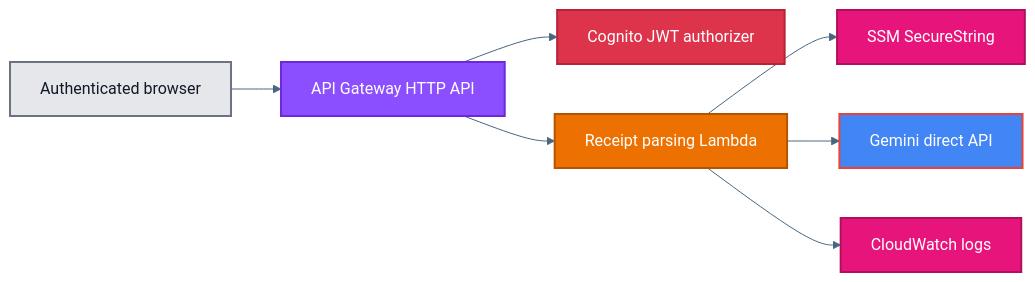
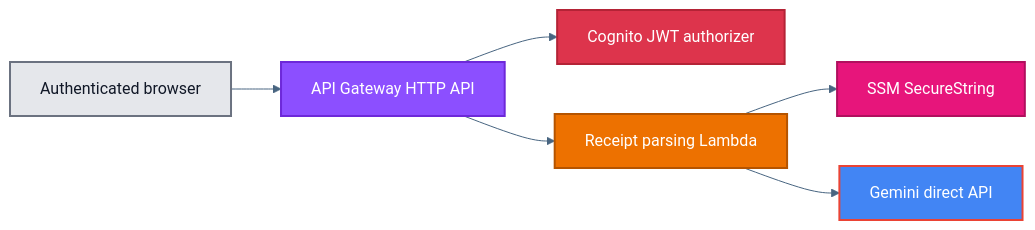
One commit to reiganarmstrong/check-split-mono changed the diagram in infra/modules/receipt-ingestion-api/README.md. Above: the diagram before and after it, drawn with Mermaid. The commit also changed other lines of this file and 6 other files, not shown here.

First line of the commit message:
chore(infra): disable CloudWatch log writes

````diff
--- a/infra/modules/receipt-ingestion-api/README.md
+++ b/infra/modules/receipt-ingestion-api/README.md
@@ -17,36 +17,33 @@
 ```mermaid
 ---
 config:
   theme: base
   themeVariables:
     primaryColor: "#D9EAFD"
     primaryTextColor: "#102A43"
     primaryBorderColor: "#2F6690"
     lineColor: "#486581"
     secondaryColor: "#E6F4EA"
     tertiaryColor: "#FFF4CC"
 ---
 flowchart LR
   U["Authenticated browser"] --> A["API Gateway HTTP API"]
   A --> J["Cognito JWT authorizer"]
   A --> L["Receipt parsing Lambda"]
   L --> S["SSM SecureString"]
   L --> G["Gemini direct API"]
-  L --> C["CloudWatch logs"]
 
   classDef client fill:#E5E7EB,stroke:#6B7280,color:#111827,stroke-width:2px;
   classDef apiGateway fill:#8C4FFF,stroke:#6D28D9,color:#FFFFFF,stroke-width:2px;
   classDef cognito fill:#DD344C,stroke:#B42336,color:#FFFFFF,stroke-width:2px;
   classDef lambda fill:#ED7100,stroke:#B55400,color:#FFFFFF,stroke-width:2px;
   classDef ssm fill:#E7157B,stroke:#B10F5E,color:#FFFFFF,stroke-width:2px;
   classDef gemini fill:#4285F4,stroke:#EA4335,color:#FFFFFF,stroke-width:2px;
-  classDef cloudwatch fill:#E7157B,stroke:#B10F5E,color:#FFFFFF,stroke-width:2px;
 
   class U client;
   class A apiGateway;
   class J cognito;
   class L lambda;
   class S ssm;
   class G gemini;
-  class C cloudwatch;
 ```
````
